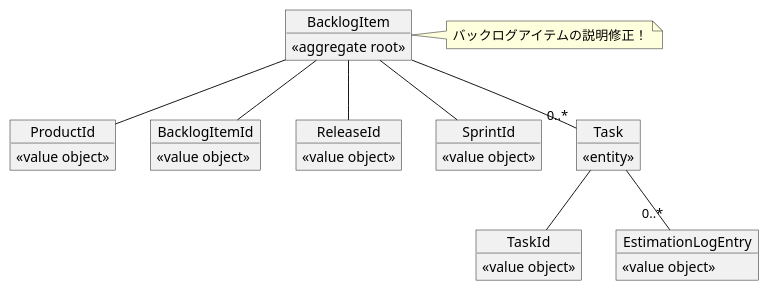
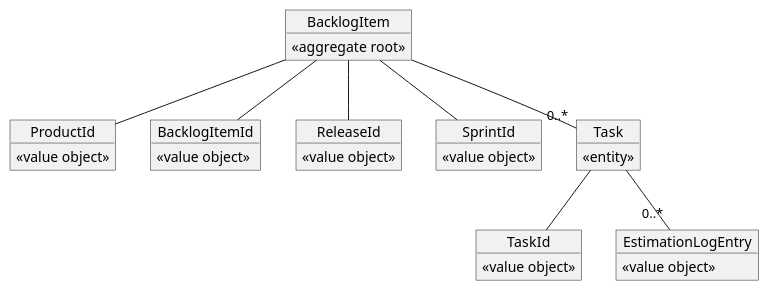
Before and after one commit to abekoh/commit-plantuml-action: the diagram in sample/backlog-item.puml, drawn with PlantUML. The commit also changed 1 other file, not shown here.

```diff
--- a/sample/backlog-item.puml
+++ b/sample/backlog-item.puml
@@ -1,41 +1,37 @@
 @startuml
 object BacklogItem {
   <<aggregate root>>
 }
 object ProductId {
   <<value object>>
 }
 object BacklogItemId {
   <<value object>>
 }
 object ReleaseId {
   <<value object>>
 }
 object SprintId {
   <<value object>>
 }
 
 object Task {
   <<entity>>
 }
 object TaskId {
   <<value object>>
 }
 object EstimationLogEntry {
   <<value object>>
 }
 
 BacklogItem -- BacklogItemId
 BacklogItem -- ProductId
 BacklogItem -- ReleaseId
 BacklogItem -- SprintId
 BacklogItem -- "0..*" Task
 
 Task -- TaskId
 Task -- "0..*" EstimationLogEntry
 
-note right of BacklogItem {
-  バックログアイテムの説明修正！
-}
-
 @enduml
```
